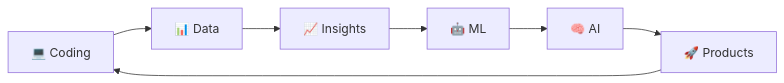
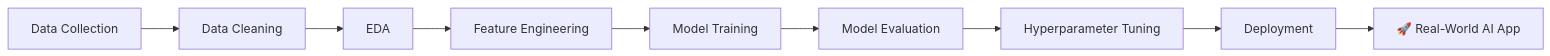
One commit to Soumo444/Soumo444 changed the second of 3 diagrams in README.md. Above: the diagram before and after it, drawn with Mermaid. The commit also changed other lines of this file, not shown here.

````diff
--- a/README.md
+++ b/README.md
@@ -273,10 +176,11 @@
 ```mermaid
-graph LR
-
-A[💻 Coding] --> B[📊 Data]
-B --> C[📈 Insights]
-C --> D[🤖 ML]
-D --> E[🧠 AI]
-E --> F[🚀 Products]
-F --> A
+flowchart LR
+    A[Data Collection] --> B[Data Cleaning]
+    B --> C[EDA]
+    C --> D[Feature Engineering]
+    D --> E[Model Training]
+    E --> F[Model Evaluation]
+    F --> G[Hyperparameter Tuning]
+    G --> H[Deployment]
+    H --> I[🚀 Real-World AI App]
 ```
````
